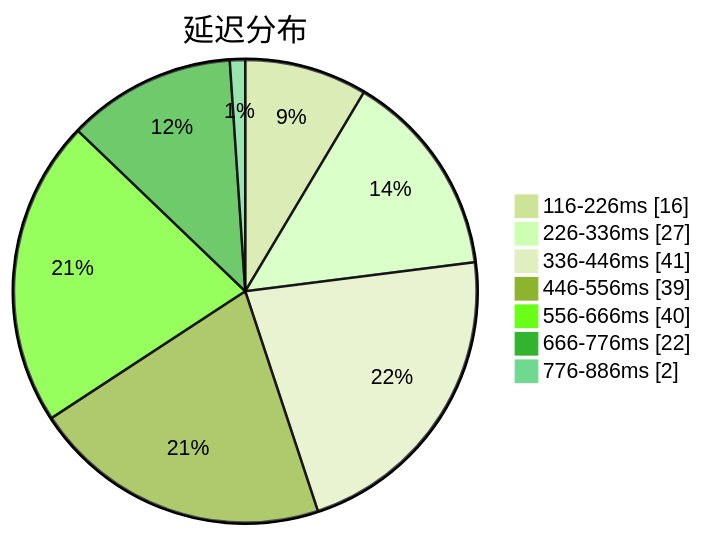
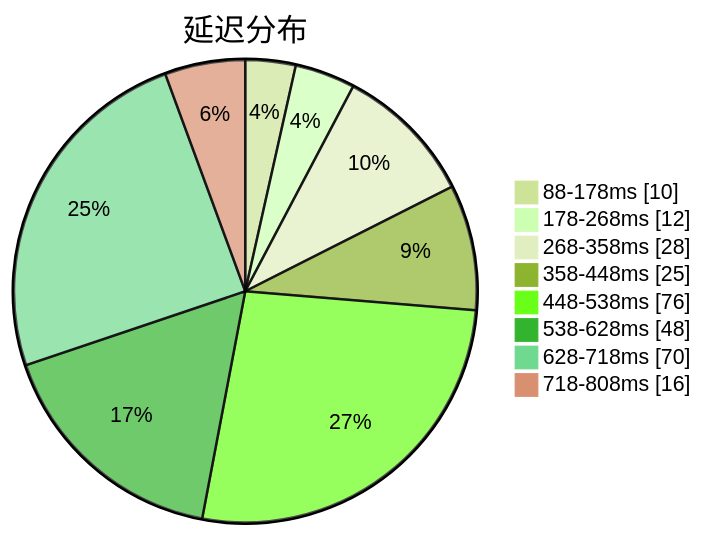
Before and after one commit to sinspired/airport: the first of 3 diagrams in subs/statistics/tested_within.md, drawn with Mermaid (forest theme). The commit also changed other lines of this file and 2 other files, not shown here.

````diff
--- a/subs/statistics/tested_within.md
+++ b/subs/statistics/tested_within.md
@@ -2,11 +2,12 @@
 ```mermaid
 pie showData
 title 延迟分布
-"116-226ms" : 16
-"226-336ms" : 27
-"336-446ms" : 41
-"446-556ms" : 39
-"556-666ms" : 40
-"666-776ms" : 22
-"776-886ms" : 2
+"88-178ms" : 10
+"178-268ms" : 12
+"268-358ms" : 28
+"358-448ms" : 25
+"448-538ms" : 76
+"538-628ms" : 48
+"628-718ms" : 70
+"718-808ms" : 16
 ```
````
